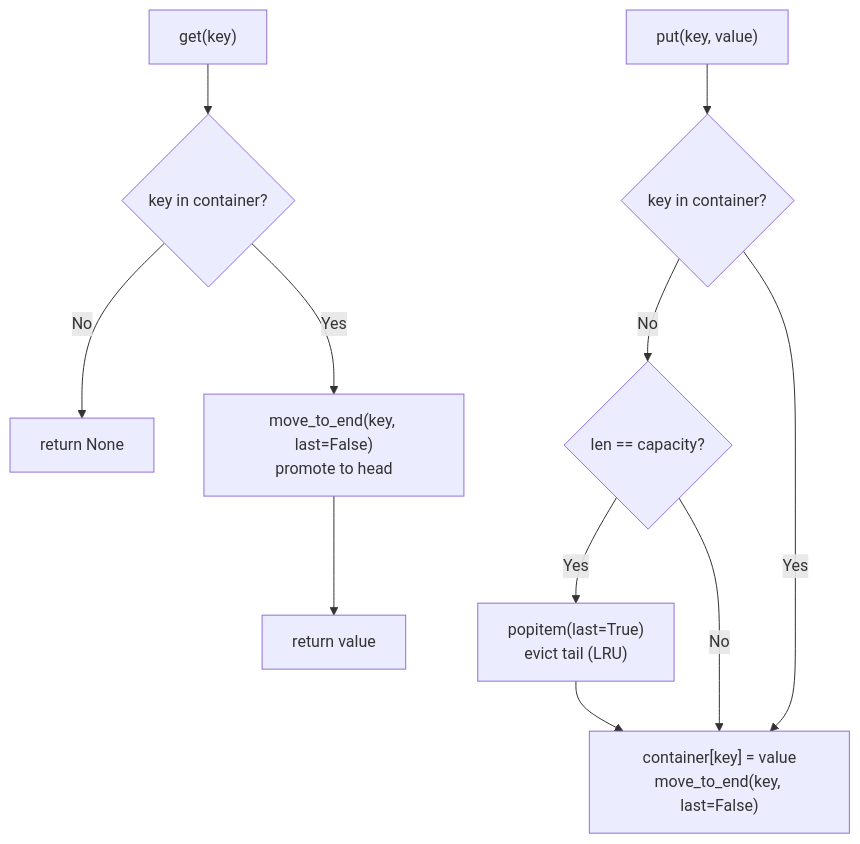
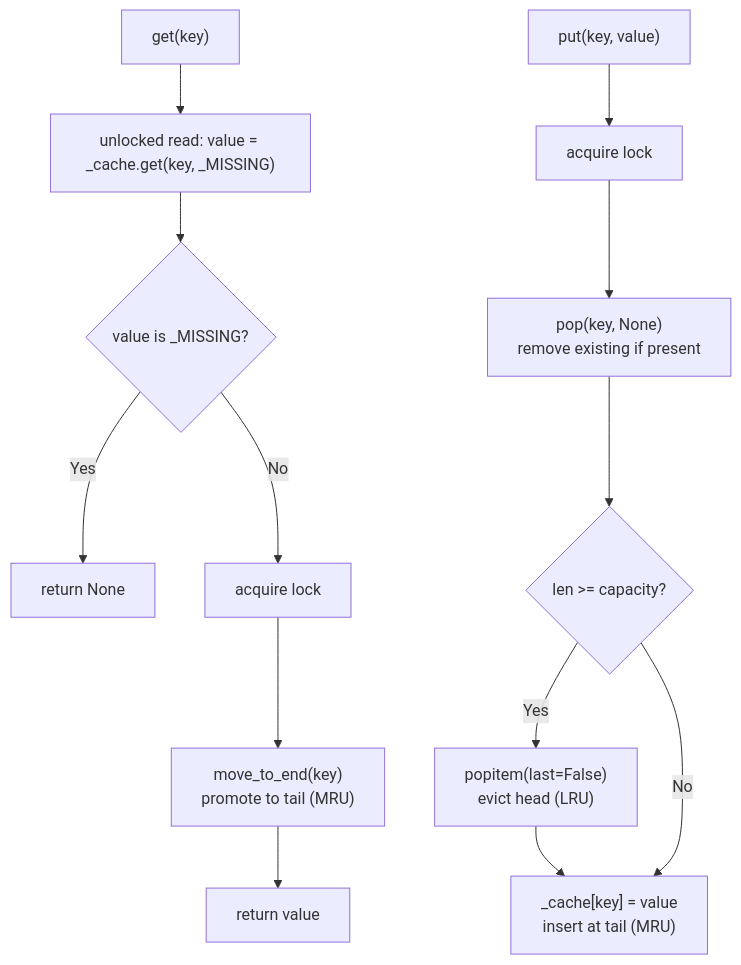
The diagram in docs/lru.md (pure-python-system-design/purecache), drawn with Mermaid before and after one commit. The commit also changed other lines of this file, not shown here.

Commit message:
feat(docs): update LRU cache documentation

````diff
--- a/docs/lru.md
+++ b/docs/lru.md
@@ -12,12 +12,15 @@
 ```mermaid
 flowchart TD
-    Get["get(key)"] --> Exists{"key in container?"}
-    Exists -->|No| ReturnNone["return None"]
-    Exists -->|Yes| Move["move_to_end(key, last=False)\npromote to head"] --> Return["return value"]
+    Get["get(key)"] --> Read["unlocked read: value = _cache.get(key, _MISSING)"]
+    Read --> Miss{"value is _MISSING?"}
+    Miss -->|Yes| ReturnNone["return None"]
+    Miss -->|No| Lock["acquire lock"]
+    Lock --> Move["move_to_end(key)\npromote to tail (MRU)"]
+    Move --> Return["return value"]
 
-    Put["put(key, value)"] --> Exists2{"key in container?"}
-    Exists2 -->|No| Full{"len == capacity?"}
-    Full -->|Yes| Evict["popitem(last=True)\nevict tail (LRU)"] --> Insert
-    Full -->|No| Insert["container[key] = value\nmove_to_end(key, last=False)"]
-    Exists2 -->|Yes| Insert
+    Put["put(key, value)"] --> Lock2["acquire lock"]
+    Lock2 --> Pop["pop(key, None)\nremove existing if present"]
+    Pop --> Full{"len >= capacity?"}
+    Full -->|Yes| Evict["popitem(last=False)\nevict head (LRU)"] --> Insert
+    Full -->|No| Insert["_cache[key] = value\ninsert at tail (MRU)"]
 ```
````
